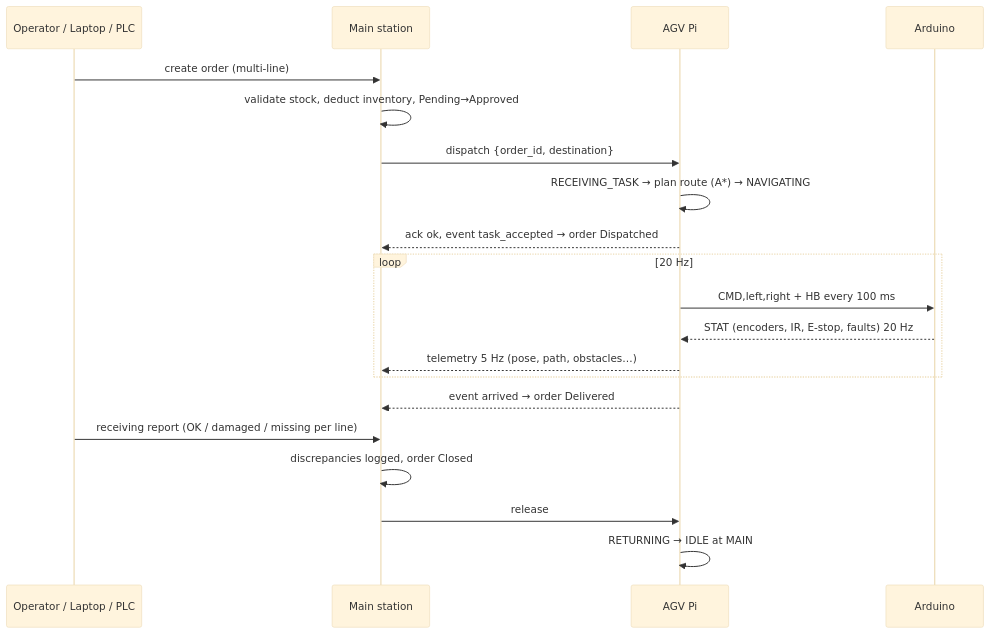
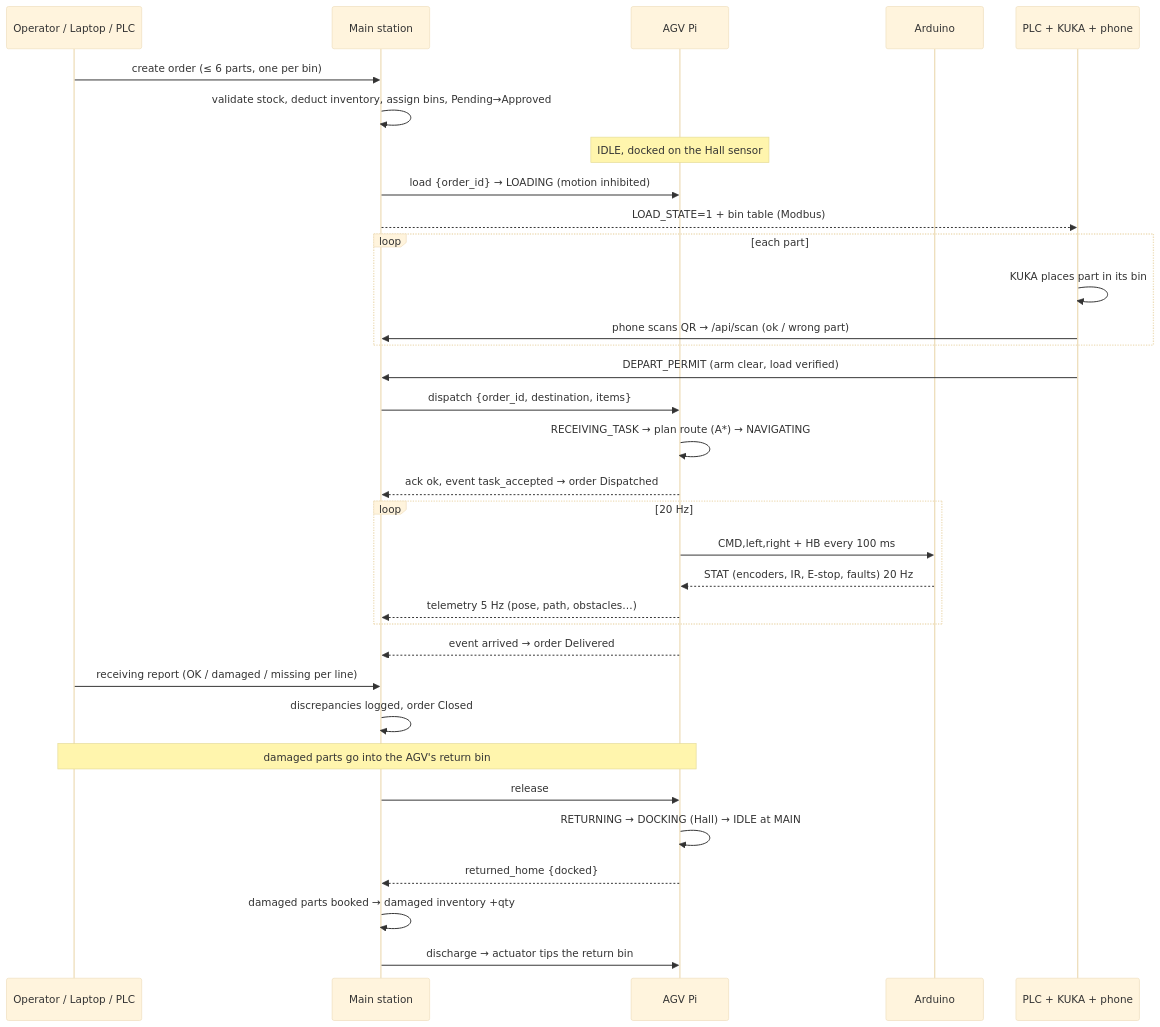
One commit to CDJ7/APEx-2.0 changed the second of 3 diagrams in README.md. Above: the diagram before and after it, drawn with Mermaid (base theme). The commit also changed other lines of this file and 18 other files, not shown here.

````diff
--- a/README.md
+++ b/README.md
@@ -81,22 +93,35 @@
 ```mermaid
 sequenceDiagram
     participant U as Operator / Laptop / PLC
     participant S as Main station
     participant P as AGV Pi
     participant A as Arduino
-    U->>S: create order (multi-line)
-    S->>S: validate stock, deduct inventory, Pending→Approved
-    S->>P: dispatch {order_id, destination}
+    participant C as PLC + KUKA + phone
+    U->>S: create order (≤ 6 parts, one per bin)
+    S->>S: validate stock, deduct inventory, assign bins, Pending→Approved
+    Note over P: IDLE, docked on the Hall sensor
+    S->>P: load {order_id} → LOADING (motion inhibited)
+    S-->>C: LOAD_STATE=1 + bin table (Modbus)
+    loop each part
+        C->>C: KUKA places part in its bin
+        C->>S: phone scans QR → /api/scan (ok / wrong part)
+    end
+    C->>S: DEPART_PERMIT (arm clear, load verified)
+    S->>P: dispatch {order_id, destination, items}
     P->>P: RECEIVING_TASK → plan route (A*) → NAVIGATING
     P-->>S: ack ok, event task_accepted → order Dispatched
     loop 20 Hz
         P->>A: CMD,left,right + HB every 100 ms
         A-->>P: STAT (encoders, IR, E-stop, faults) 20 Hz
         P-->>S: telemetry 5 Hz (pose, path, obstacles…)
     end
     P-->>S: event arrived → order Delivered
     U->>S: receiving report (OK / damaged / missing per line)
     S->>S: discrepancies logged, order Closed
+    Note over U,P: damaged parts go into the AGV's return bin
     S->>P: release
-    P->>P: RETURNING → IDLE at MAIN
+    P->>P: RETURNING → DOCKING (Hall) → IDLE at MAIN
+    P-->>S: returned_home {docked}
+    S->>S: damaged parts booked → damaged inventory +qty
+    S->>P: discharge → actuator tips the return bin
 ```
````
